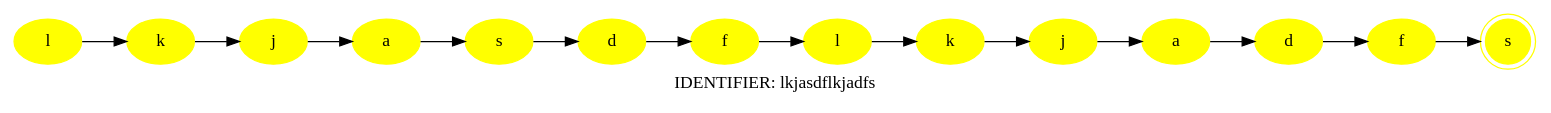
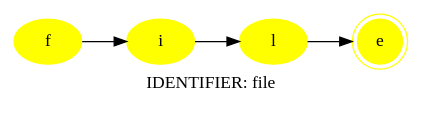
The diagram in parser-py/Plots/5_toPlot.dot (Jbrod5/lenguajes), drawn with Graphviz before and after one commit. The commit also changed 48 other files, not shown here.

```diff
--- a/parser-py/Plots/5_toPlot.dot
+++ b/parser-py/Plots/5_toPlot.dot
@@ -1,31 +1,11 @@
 digraph Plot{
    rankdir = LR;
-   label = "IDENTIFIER: lkjasdflkjadfs";
-    n0[style = filled, color = yellow, label = "l"];
-    n1[style = filled, color = yellow, label = "k"];
-    n2[style = filled, color = yellow, label = "j"];
-    n3[style = filled, color = yellow, label = "a"];
-    n4[style = filled, color = yellow, label = "s"];
-    n5[style = filled, color = yellow, label = "d"];
-    n6[style = filled, color = yellow, label = "f"];
-    n7[style = filled, color = yellow, label = "l"];
-    n8[style = filled, color = yellow, label = "k"];
-    n9[style = filled, color = yellow, label = "j"];
-    n10[style = filled, color = yellow, label = "a"];
-    n11[style = filled, color = yellow, label = "d"];
-    n12[style = filled, color = yellow, label = "f"];
-    n13[style = filled, color = yellow, label = "s" ,shape = doublecircle];
+   label = "IDENTIFIER: file";
+    n0[style = filled, color = yellow, label = "f"];
+    n1[style = filled, color = yellow, label = "i"];
+    n2[style = filled, color = yellow, label = "l"];
+    n3[style = filled, color = yellow, label = "e" ,shape = doublecircle];
     n0 -> n1;
     n1 -> n2;
     n2 -> n3;
-    n3 -> n4;
-    n4 -> n5;
-    n5 -> n6;
-    n6 -> n7;
-    n7 -> n8;
-    n8 -> n9;
-    n9 -> n10;
-    n10 -> n11;
-    n11 -> n12;
-    n12 -> n13;
 }
```
